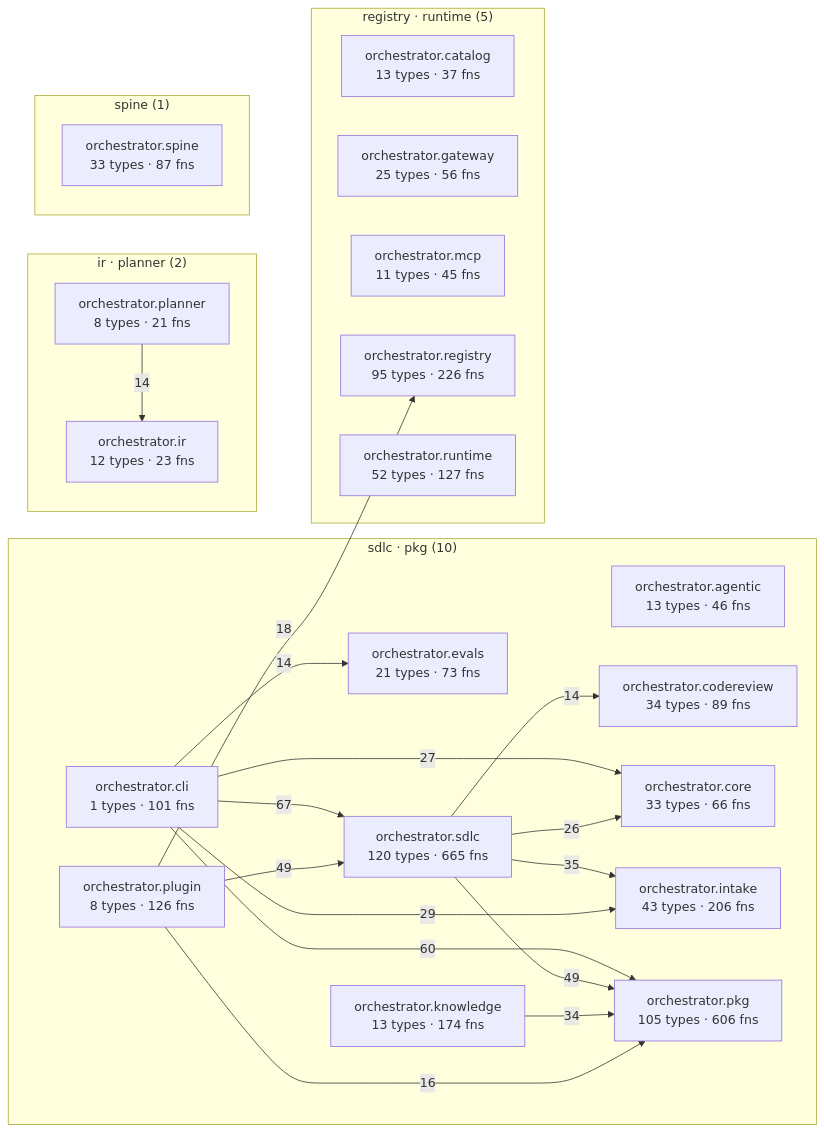
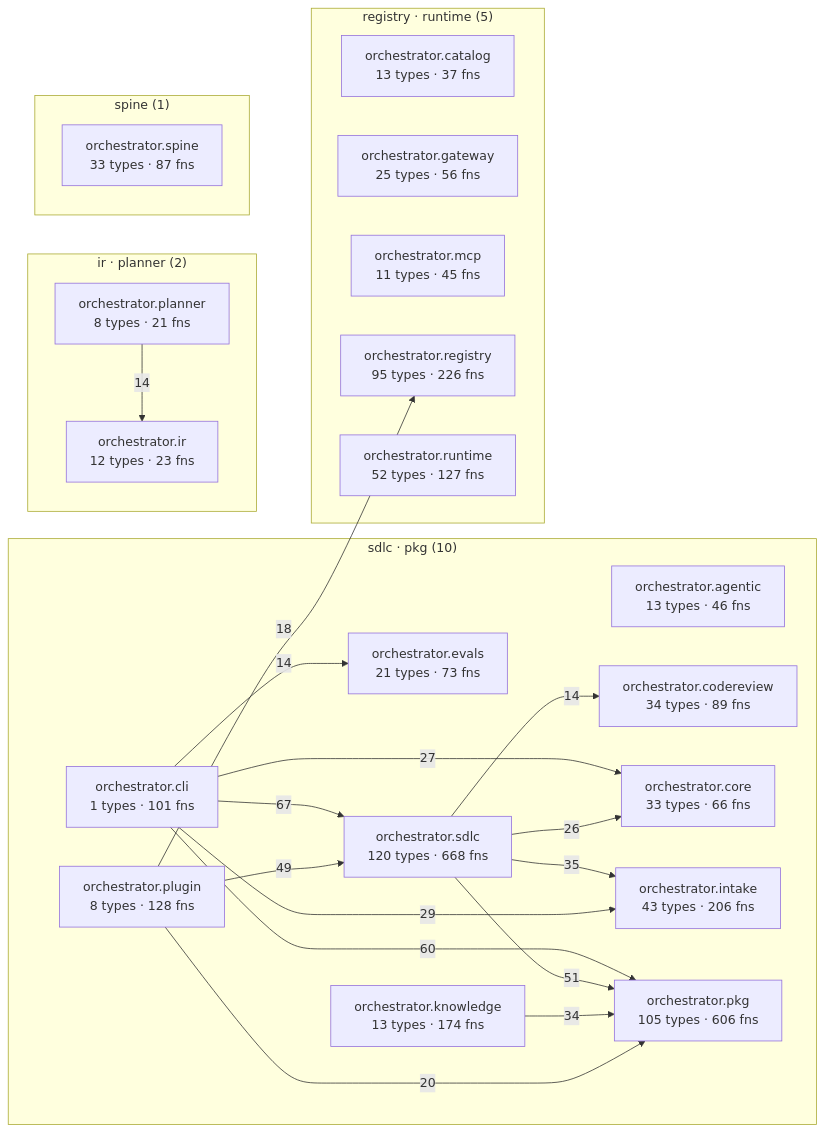
The diagram in episteme/architecture.md (synaptixs/spine), drawn with Mermaid before and after one commit. The commit also changed other lines of this file and 14 other files, not shown here.

````diff
--- a/episteme/architecture.md
+++ b/episteme/architecture.md
@@ -54,43 +54,43 @@
 ```mermaid
 flowchart LR
   subgraph c_2["sdlc · pkg (10)"]
     aorchestratoragentic["orchestrator.agentic<br/>13 types · 46 fns"]
     aorchestratorcli["orchestrator.cli<br/>1 types · 101 fns"]
     aorchestratorcodereview["orchestrator.codereview<br/>34 types · 89 fns"]
     aorchestratorcore["orchestrator.core<br/>33 types · 66 fns"]
     aorchestratorevals["orchestrator.evals<br/>21 types · 73 fns"]
     aorchestratorintake["orchestrator.intake<br/>43 types · 206 fns"]
     aorchestratorknowledge["orchestrator.knowledge<br/>13 types · 174 fns"]
     aorchestratorpkg["orchestrator.pkg<br/>105 types · 606 fns"]
-    aorchestratorplugin["orchestrator.plugin<br/>8 types · 126 fns"]
-    aorchestratorsdlc["orchestrator.sdlc<br/>120 types · 665 fns"]
+    aorchestratorplugin["orchestrator.plugin<br/>8 types · 128 fns"]
+    aorchestratorsdlc["orchestrator.sdlc<br/>120 types · 668 fns"]
   end
   subgraph c_4["registry · runtime (5)"]
     aorchestratorcatalog["orchestrator.catalog<br/>13 types · 37 fns"]
     aorchestratorgateway["orchestrator.gateway<br/>25 types · 56 fns"]
     aorchestratormcp["orchestrator.mcp<br/>11 types · 45 fns"]
     aorchestratorregistry["orchestrator.registry<br/>95 types · 226 fns"]
     aorchestratorruntime["orchestrator.runtime<br/>52 types · 127 fns"]
   end
   subgraph c_7["ir · planner (2)"]
     aorchestratorir["orchestrator.ir<br/>12 types · 23 fns"]
     aorchestratorplanner["orchestrator.planner<br/>8 types · 21 fns"]
   end
   subgraph c_12["spine (1)"]
     aorchestratorspine["orchestrator.spine<br/>33 types · 87 fns"]
   end
   aorchestratorcli -->|67| aorchestratorsdlc
   aorchestratorcli -->|60| aorchestratorpkg
+  aorchestratorsdlc -->|51| aorchestratorpkg
   aorchestratorplugin -->|49| aorchestratorsdlc
-  aorchestratorsdlc -->|49| aorchestratorpkg
   aorchestratorsdlc -->|35| aorchestratorintake
   aorchestratorknowledge -->|34| aorchestratorpkg
   aorchestratorcli -->|29| aorchestratorintake
   aorchestratorcli -->|27| aorchestratorcore
   aorchestratorsdlc -->|26| aorchestratorcore
+  aorchestratorplugin -->|20| aorchestratorpkg
   aorchestratorplugin -->|18| aorchestratorregistry
-  aorchestratorplugin -->|16| aorchestratorpkg
   aorchestratorcli -->|14| aorchestratorevals
   aorchestratorplanner -->|14| aorchestratorir
   aorchestratorsdlc -->|14| aorchestratorcodereview
 ```
````
